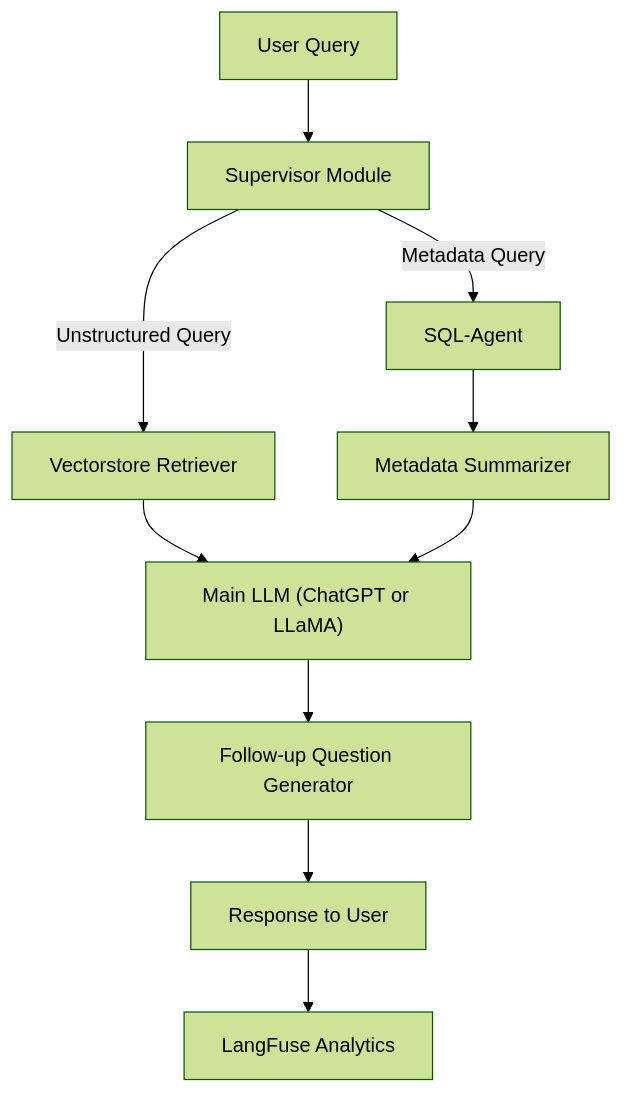
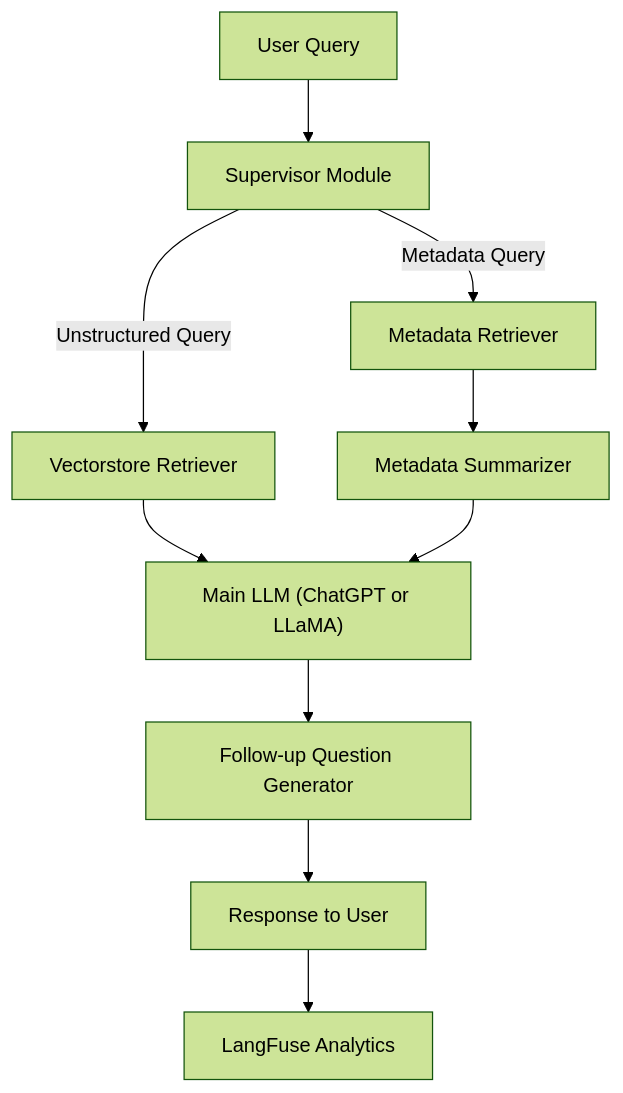
Before and after one commit to Henil-08/Verta-eCom-Chatbot: the diagram in README FILES/README_BASEMODELDOCS.MD, drawn with Mermaid (forest theme). The commit also changed other lines of this file and 7 other files, not shown here.

````diff
--- a/README FILES/README_BASEMODELDOCS.MD
+++ b/README FILES/README_BASEMODELDOCS.MD
@@ -42,13 +40,13 @@
 ```mermaid
 flowchart TD
     start[User Query]
     start --> supervisor["Supervisor Module"]
-    supervisor -->|Metadata Query| sqlagent["SQL-Agent"]
+    supervisor -->|Metadata Query| metadataRetriever["Metadata Retriever"]
     supervisor -->|Unstructured Query| vectorstore["Vectorstore Retriever"]
-    sqlagent --> summarizer["Metadata Summarizer"]
+    metadataRetriever --> summarizer["Metadata Summarizer"]
     vectorstore --> mainllm["Main LLM (ChatGPT or LLaMA)"]
     summarizer --> mainllm
     mainllm --> followup["Follow-up Question Generator"]
     followup --> response["Response to User"]
     response --> langfuse["LangFuse Analytics"]
 ```
````
